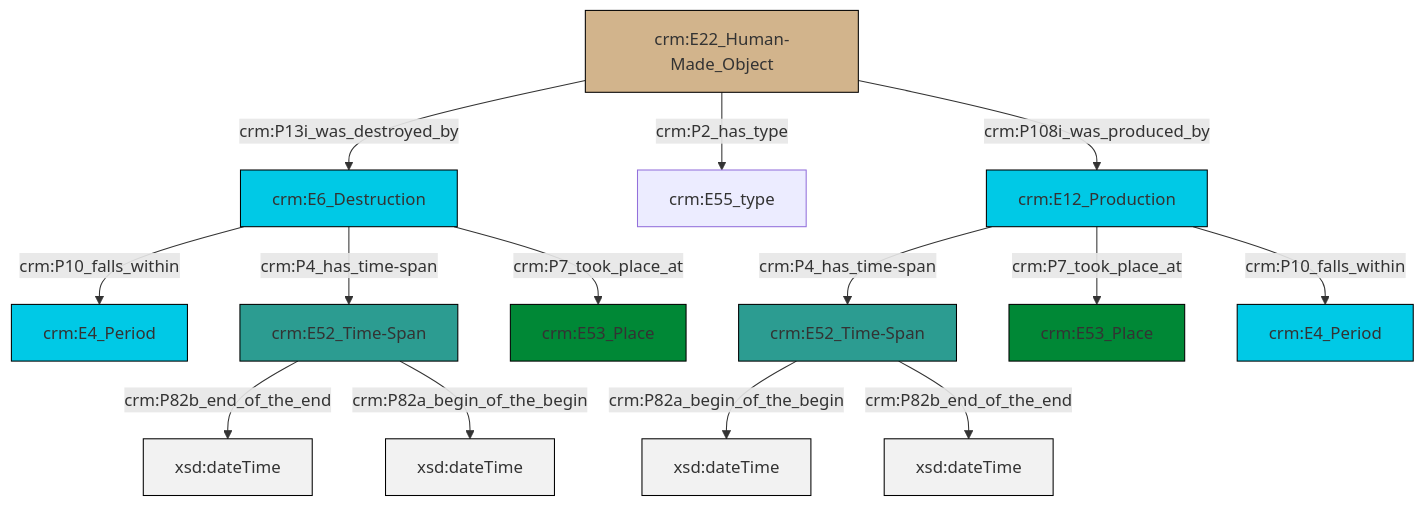
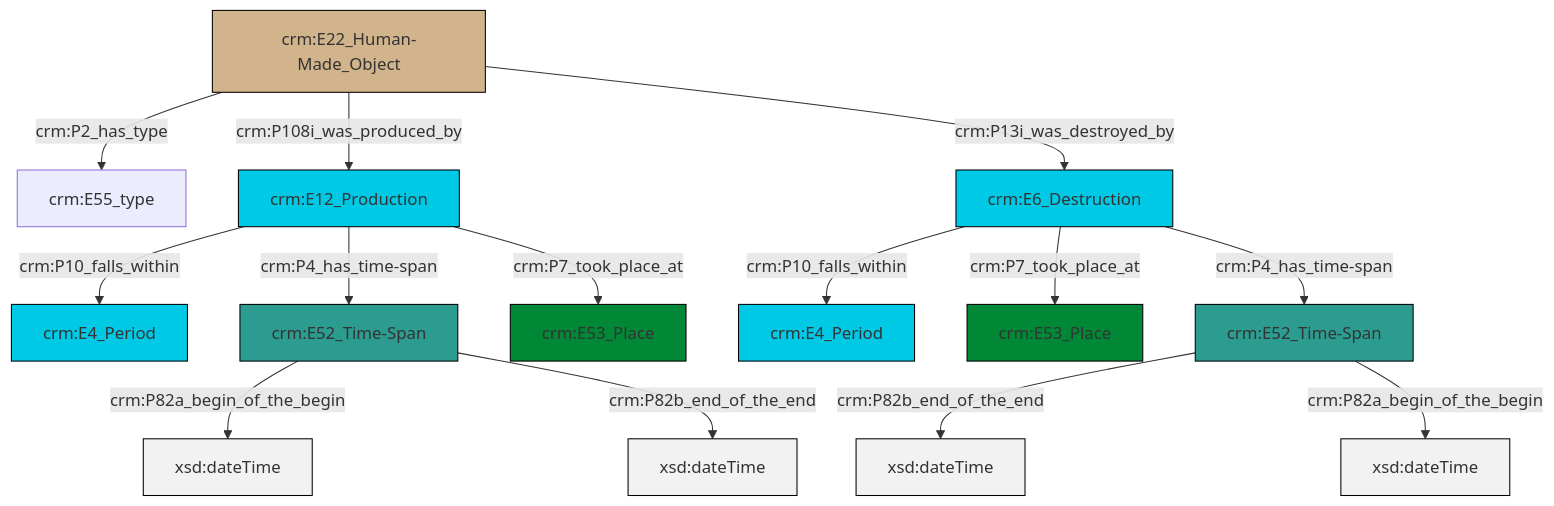
Before and after one commit to swiss-art-research-net/docs.swissartresearch: the diagram in et/builtWorkCSV/ttl/mmd/Built_Work_existence.ttl.mmd, drawn with Mermaid. The commit also changed 172 other files, not shown here.

```diff
--- a/et/builtWorkCSV/ttl/mmd/Built_Work_existence.ttl.mmd
+++ b/et/builtWorkCSV/ttl/mmd/Built_Work_existence.ttl.mmd
@@ -1,28 +1,28 @@
 graph TD
 classDef Literal fill:#f2f2f2,stroke:#000000;
 classDef CRM_Entity fill:#FFFFFF,stroke:#000000;
 classDef Temporal_Entity fill:#00C9E6, stroke:#000000;
 classDef Type fill:#E18312, stroke:#000000;
 classDef Time-Span fill:#2C9C91, stroke:#000000;
 classDef Appellation fill:#FFEB7F, stroke:#000000;
 classDef Place fill:#008836, stroke:#000000;
 classDef Persistent_Item fill:#B266B2, stroke:#000000;
 classDef Conceptual_Object fill:#FFD700, stroke:#000000;
 classDef Physical_Thing fill:#D2B48C, stroke:#000000;
 classDef Actor fill:#f58aad, stroke:#000000;
 classDef PC_Classes fill:#4ce600, stroke:#000000;
 classDef Multi fill:#cccccc,stroke:#000000;
 
-0["crm:E6_Destruction"]:::Temporal_Entity -->|crm:P10_falls_within| 1["crm:E4_Period"]:::Temporal_Entity
-4["crm:E52_Time-Span"]:::Time-Span -->|crm:P82b_end_of_the_end| 5[xsd:dateTime]:::Literal
-8["crm:E22_Human-Made_Object"]:::Physical_Thing -->|crm:P13i_was_destroyed_by| 0["crm:E6_Destruction"]:::Temporal_Entity
-2["crm:E52_Time-Span"]:::Time-Span -->|crm:P82a_begin_of_the_begin| 9[xsd:dateTime]:::Literal
-10["crm:E12_Production"]:::Temporal_Entity -->|crm:P4_has_time-span| 2["crm:E52_Time-Span"]:::Time-Span
-2["crm:E52_Time-Span"]:::Time-Span -->|crm:P82b_end_of_the_end| 13[xsd:dateTime]:::Literal
-0["crm:E6_Destruction"]:::Temporal_Entity -->|crm:P4_has_time-span| 4["crm:E52_Time-Span"]:::Time-Span
-10["crm:E12_Production"]:::Temporal_Entity -->|crm:P7_took_place_at| 14["crm:E53_Place"]:::Place
-0["crm:E6_Destruction"]:::Temporal_Entity -->|crm:P7_took_place_at| 17["crm:E53_Place"]:::Place
-8["crm:E22_Human-Made_Object"]:::Physical_Thing -->|crm:P2_has_type| 19["crm:E55_type"]:::Default
-4["crm:E52_Time-Span"]:::Time-Span -->|crm:P82a_begin_of_the_begin| 22[xsd:dateTime]:::Literal
-10["crm:E12_Production"]:::Temporal_Entity -->|crm:P10_falls_within| 6["crm:E4_Period"]:::Temporal_Entity
-8["crm:E22_Human-Made_Object"]:::Physical_Thing -->|crm:P108i_was_produced_by| 10["crm:E12_Production"]:::Temporal_Entity
+2["crm:E52_Time-Span"]:::Time-Span -->|crm:P82a_begin_of_the_begin| 3[xsd:dateTime]:::Literal
+6["crm:E12_Production"]:::Temporal_Entity -->|crm:P10_falls_within| 0["crm:E4_Period"]:::Temporal_Entity
+10["crm:E6_Destruction"]:::Temporal_Entity -->|crm:P10_falls_within| 11["crm:E4_Period"]:::Temporal_Entity
+2["crm:E52_Time-Span"]:::Time-Span -->|crm:P82b_end_of_the_end| 14[xsd:dateTime]:::Literal
+16["crm:E22_Human-Made_Object"]:::Physical_Thing -->|crm:P2_has_type| 4["crm:E55_type"]:::Default
+6["crm:E12_Production"]:::Temporal_Entity -->|crm:P4_has_time-span| 2["crm:E52_Time-Span"]:::Time-Span
+7["crm:E52_Time-Span"]:::Time-Span -->|crm:P82b_end_of_the_end| 19[xsd:dateTime]:::Literal
+10["crm:E6_Destruction"]:::Temporal_Entity -->|crm:P7_took_place_at| 17["crm:E53_Place"]:::Place
+6["crm:E12_Production"]:::Temporal_Entity -->|crm:P7_took_place_at| 20["crm:E53_Place"]:::Place
+7["crm:E52_Time-Span"]:::Time-Span -->|crm:P82a_begin_of_the_begin| 22[xsd:dateTime]:::Literal
+10["crm:E6_Destruction"]:::Temporal_Entity -->|crm:P4_has_time-span| 7["crm:E52_Time-Span"]:::Time-Span
+16["crm:E22_Human-Made_Object"]:::Physical_Thing -->|crm:P108i_was_produced_by| 6["crm:E12_Production"]:::Temporal_Entity
+16["crm:E22_Human-Made_Object"]:::Physical_Thing -->|crm:P13i_was_destroyed_by| 10["crm:E6_Destruction"]:::Temporal_Entity
```
